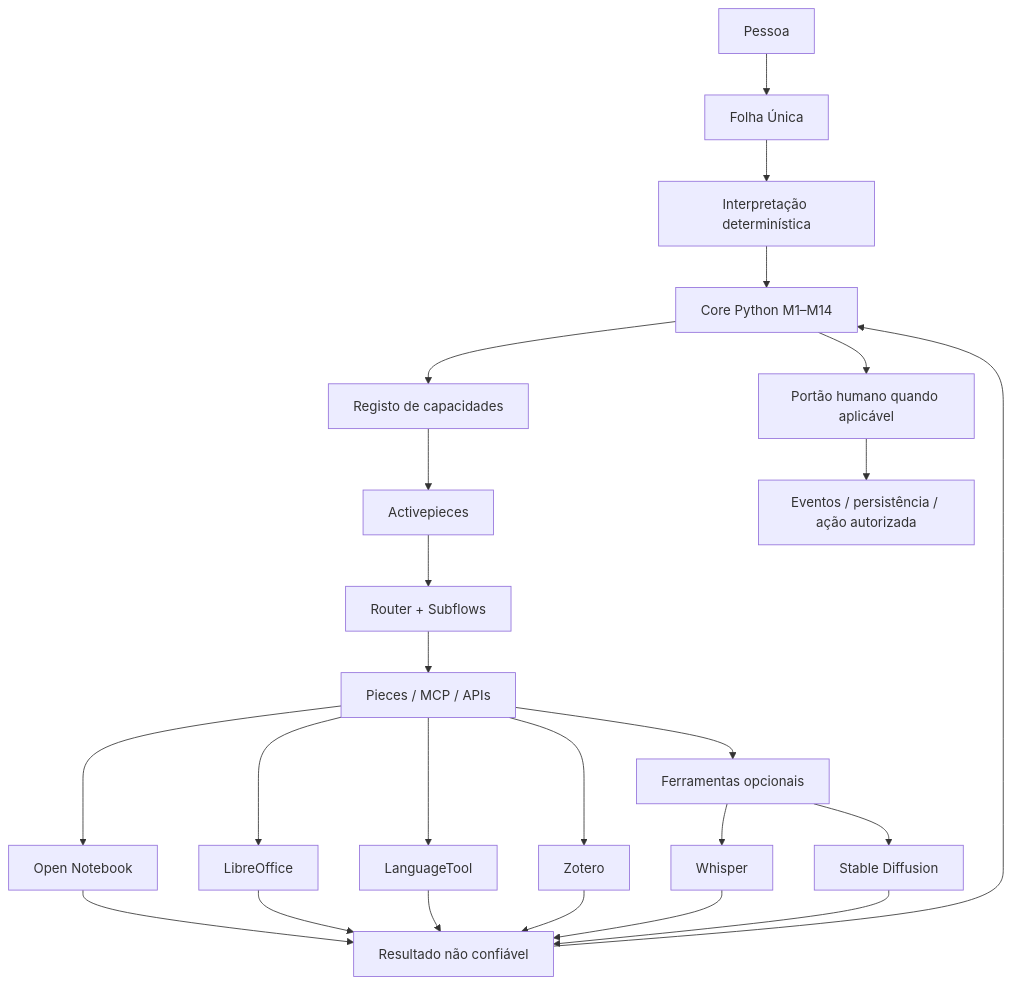
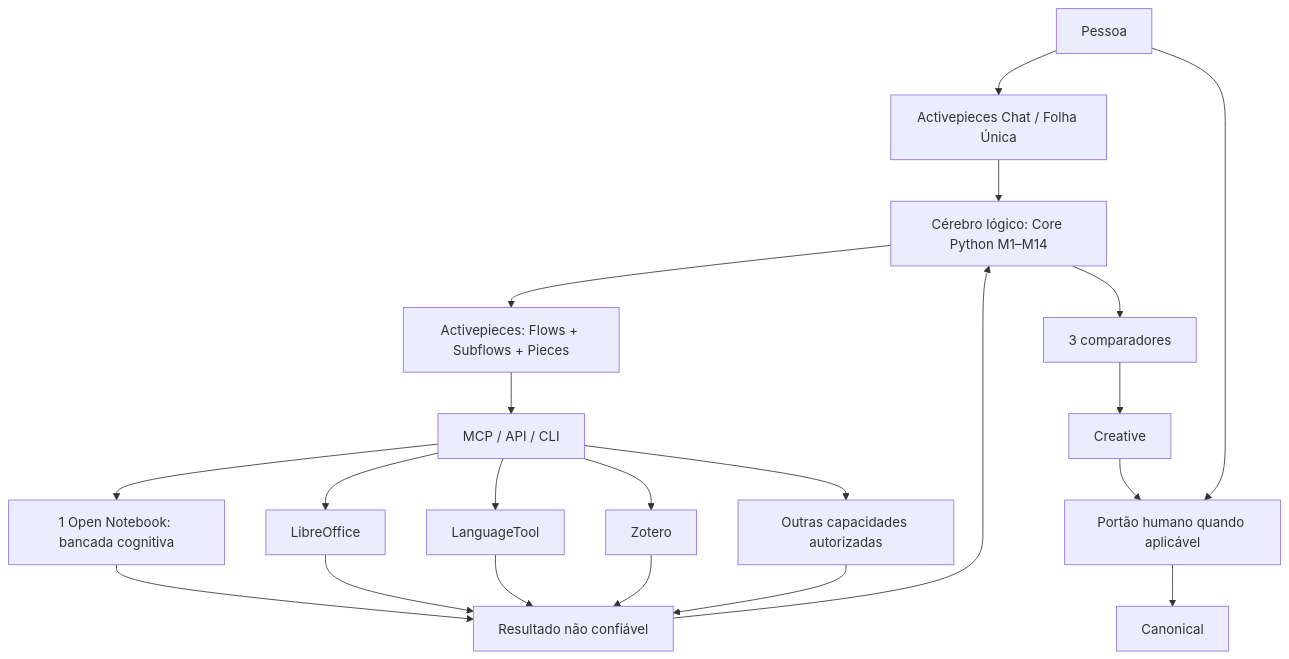
Before and after one commit to PAPACREATOR/cerebro-parvo-: the diagram in docs/ARQUITETURA-OPERACIONAL-ADAPTATIVA.md, drawn with Mermaid. The commit also changed other lines of this file, not shown here.

Commit message:
Simplify operations around Pieces and one cognitive notebook

````diff
--- a/docs/ARQUITETURA-OPERACIONAL-ADAPTATIVA.md
+++ b/docs/ARQUITETURA-OPERACIONAL-ADAPTATIVA.md
@@ -9,26 +11,23 @@
 ```mermaid
 flowchart TD
-    P[Pessoa] --> F[Folha Única]
-    F --> I[Interpretação determinística]
-    I --> C[Core Python M1–M14]
-    C --> R[Registo de capacidades]
-    R --> AP[Activepieces]
-    AP --> SF[Router + Subflows]
-    SF --> PCS[Pieces / MCP / APIs]
-    PCS --> ON[Open Notebook]
-    PCS --> LO[LibreOffice]
-    PCS --> LT[LanguageTool]
-    PCS --> Z[Zotero]
-    PCS --> OPT[Ferramentas opcionais]
-    OPT --> W[Whisper]
-    OPT --> SD[Stable Diffusion]
+    P[Pessoa] --> UI[Activepieces Chat / Folha Única]
+    UI --> C[Cérebro lógico: Core Python M1–M14]
+    C --> AP[Activepieces: Flows + Subflows + Pieces]
+    AP --> MCP[MCP / API / CLI]
+    MCP --> ON[1 Open Notebook: bancada cognitiva]
+    MCP --> LO[LibreOffice]
+    MCP --> LT[LanguageTool]
+    MCP --> Z[Zotero]
+    MCP --> OPT[Outras capacidades autorizadas]
     ON --> U[Resultado não confiável]
     LO --> U
     LT --> U
     Z --> U
-    W --> U
-    SD --> U
+    OPT --> U
     U --> C
-    C --> G[Portão humano quando aplicável]
-    G --> E[Eventos / persistência / ação autorizada]
+    C --> CMP[3 comparadores]
+    CMP --> CR[Creative]
+    CR --> H[Portão humano quando aplicável]
+    P --> H
+    H --> CA[Canonical]
 ```
````
